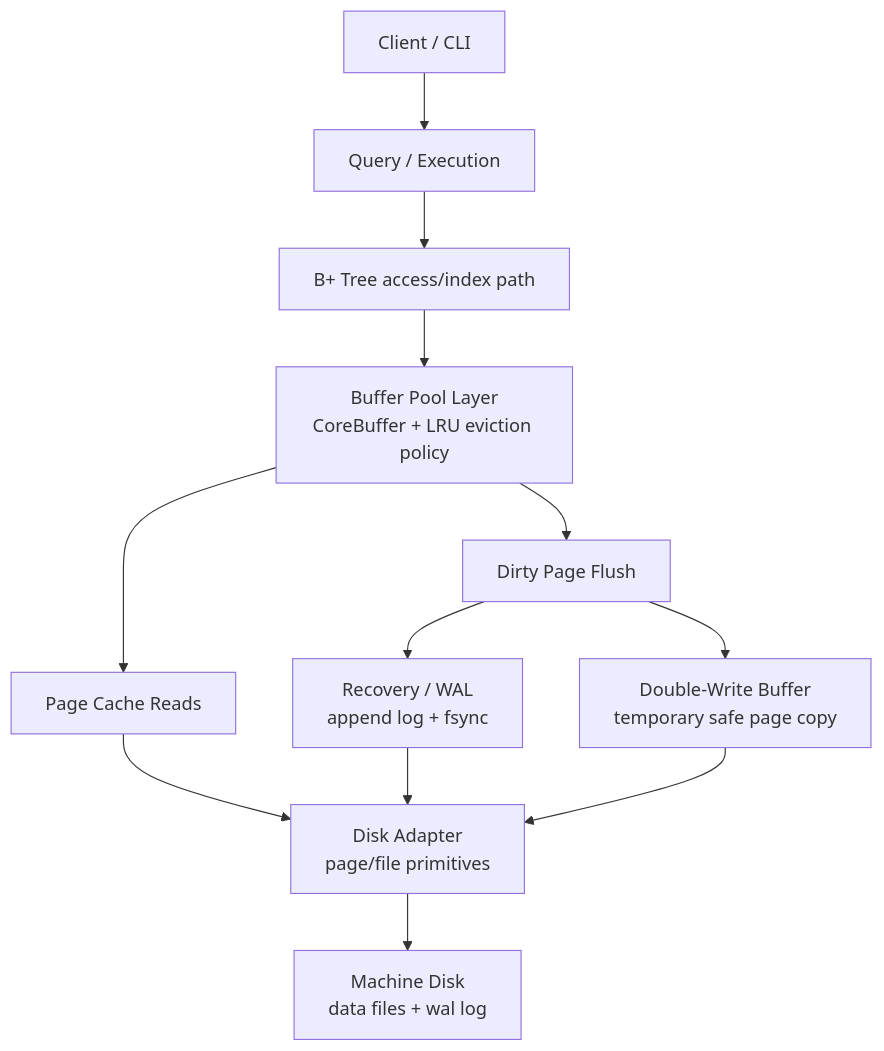
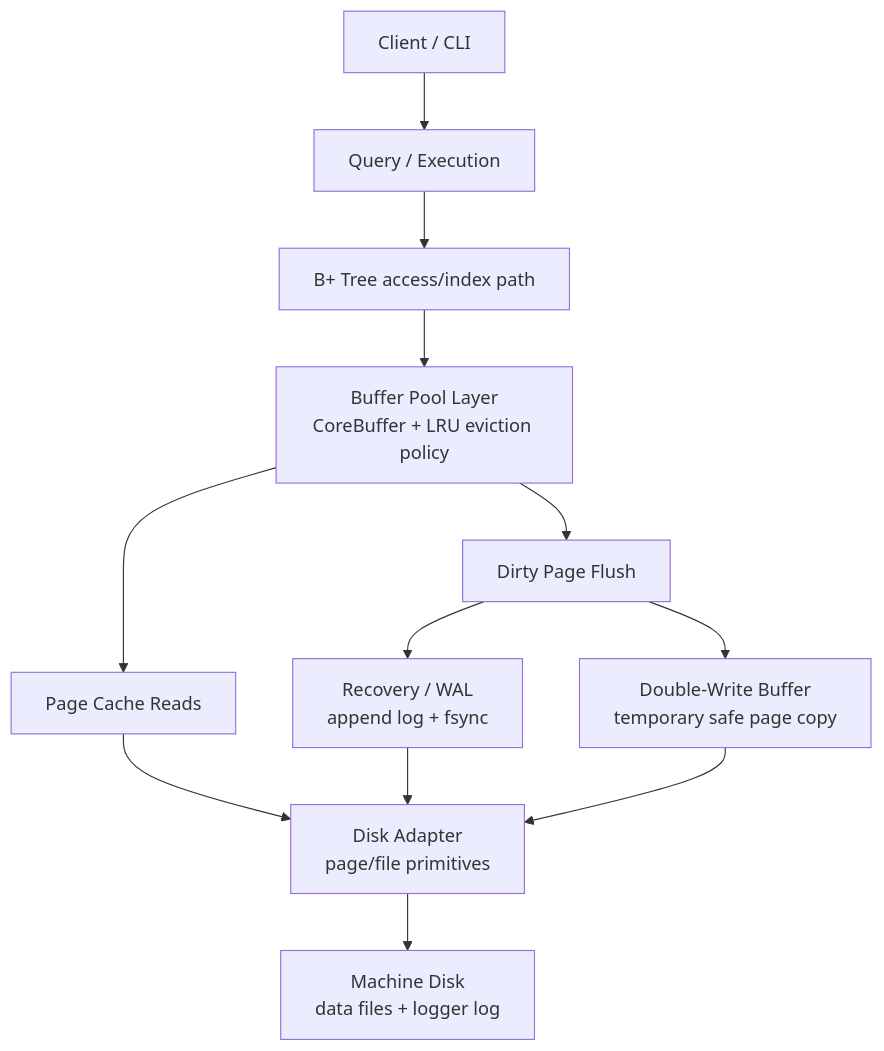
One commit to tuanta7/cataraft changed the first of 4 diagrams in README.md. Above: the diagram before and after it, drawn with Mermaid. The commit also changed 48 other files, not shown here.

````diff
--- a/README.md
+++ b/README.md
@@ -20,25 +20,25 @@
 ```mermaid
 flowchart TD
     client[Client / CLI]
     query[Query / Execution]
     bptree[B+ Tree access/index path]
     buffer[Buffer Pool Layer<br/>CoreBuffer + LRU eviction policy]
     flush[Dirty Page Flush]
     reads[Page Cache Reads]
-    wal[Recovery / WAL<br/>append log + fsync]
+    logger[Recovery / WAL<br/>append log + fsync]
     dw[Double-Write Buffer<br/>temporary safe page copy]
     disk[Disk Adapter<br/>page/file primitives]
-    machine[Machine Disk<br/>data files + wal log]
+    machine[Machine Disk<br/>data files + logger log]
 
     client --> query
     query --> bptree
     bptree --> buffer
     buffer --> flush
     buffer --> reads
-    flush --> wal
+    flush --> logger
     flush --> dw
     reads --> disk
-    wal --> disk
+    logger --> disk
     dw --> disk
     disk --> machine
 ```
````
